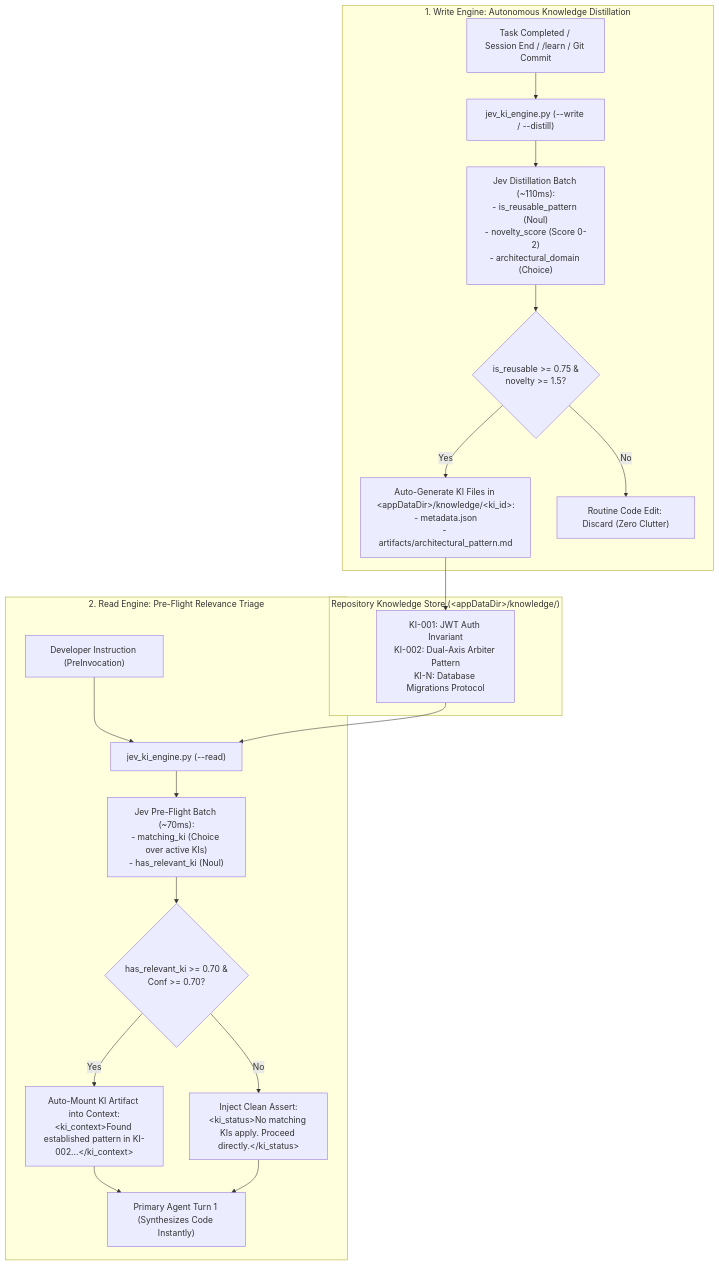
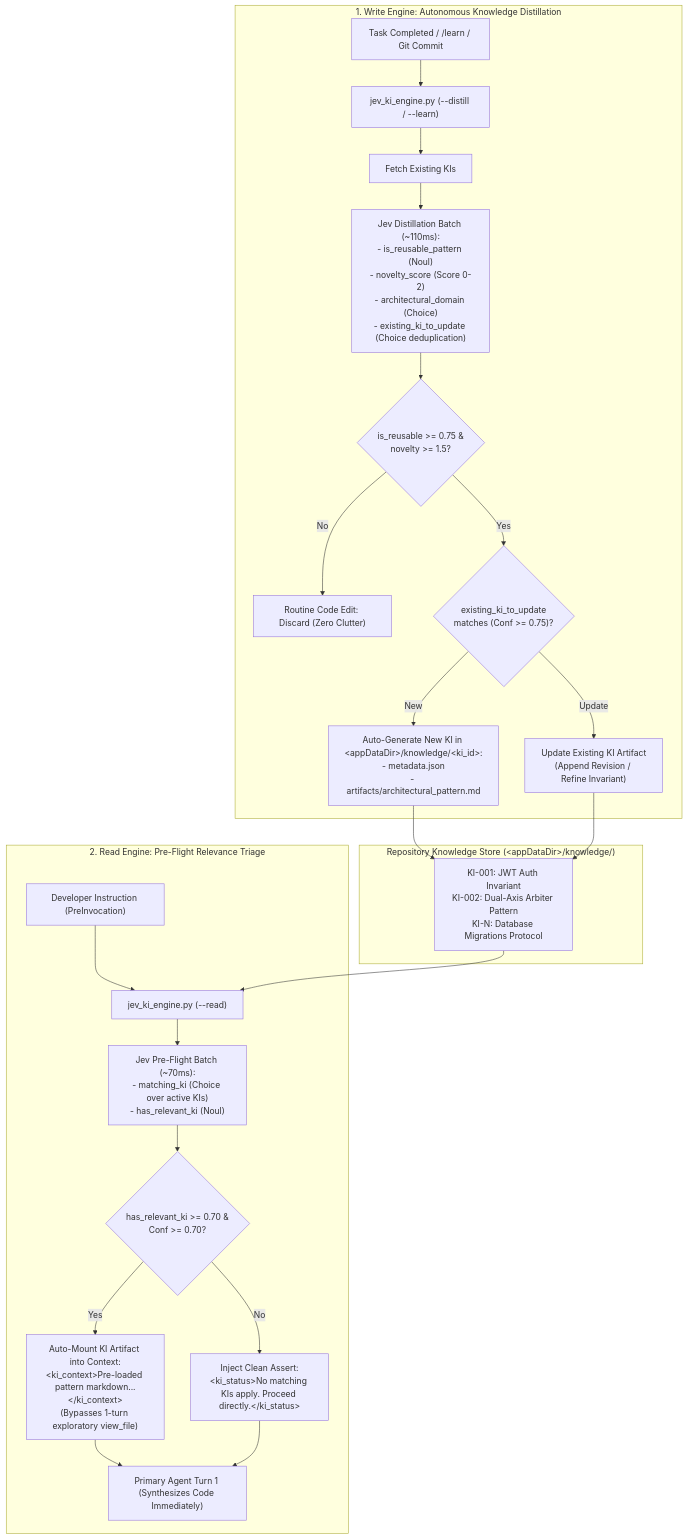
Before and after one commit to Ajasra/jev-hooks: the diagram in proposals/03_PROPOSAL_C_KNOWLEDGE_ITEM_MATCHER.md, drawn with Mermaid. The commit also changed other lines of this file and 6 other files, not shown here.

Commit message:
fix(hooks): add active editor context, Jev continuation noul, and Turn-1 debounce to speculative router

````diff
--- a/proposals/03_PROPOSAL_C_KNOWLEDGE_ITEM_MATCHER.md
+++ b/proposals/03_PROPOSAL_C_KNOWLEDGE_ITEM_MATCHER.md
@@ -36,25 +36,29 @@
 ```mermaid
 flowchart TD
     subgraph WriteCycle ["1. Write Engine: Autonomous Knowledge Distillation"]
-        TaskDone["Task Completed / Session End / /learn / Git Commit"] --> Distiller["jev_ki_engine.py (--write / --distill)"]
-        Distiller --> JevDistillBatch["Jev Distillation Batch (~110ms):<br/>- is_reusable_pattern (Noul)<br/>- novelty_score (Score 0-2)<br/>- architectural_domain (Choice)"]
+        TaskDone["Task Completed / /learn / Git Commit"] --> Distiller["jev_ki_engine.py (--distill / --learn)"]
+        Distiller --> ActiveCatalog["Fetch Existing KIs"]
+        ActiveCatalog --> JevDistillBatch["Jev Distillation Batch (~110ms):<br/>- is_reusable_pattern (Noul)<br/>- novelty_score (Score 0-2)<br/>- architectural_domain (Choice)<br/>- existing_ki_to_update (Choice deduplication)"]
         JevDistillBatch --> WriteGate{"is_reusable >= 0.75 &<br/>novelty >= 1.5?"}
-        WriteGate -->|Yes| AutoWrite["Auto-Generate KI Files in &lt;appDataDir&gt;/knowledge/&lt;ki_id&gt;:<br/>- metadata.json<br/>- artifacts/architectural_pattern.md"]
         WriteGate -->|No| DiscardRoutine["Routine Code Edit: Discard (Zero Clutter)"]
+        WriteGate -->|Yes| DedupCheck{"existing_ki_to_update<br/>matches (Conf >= 0.75)?"}
+        DedupCheck -->|Update| UpdateKI["Update Existing KI Artifact<br/>(Append Revision / Refine Invariant)"]
+        DedupCheck -->|New| CreateKI["Auto-Generate New KI in &lt;appDataDir&gt;/knowledge/&lt;ki_id&gt;:<br/>- metadata.json<br/>- artifacts/architectural_pattern.md"]
     end
 
     subgraph Store ["Repository Knowledge Store (&lt;appDataDir&gt;/knowledge/)"]
-        AutoWrite --> KIs["KI-001: JWT Auth Invariant<br/>KI-002: Dual-Axis Arbiter Pattern<br/>KI-N: Database Migrations Protocol"]
+        CreateKI --> KIs["KI-001: JWT Auth Invariant<br/>KI-002: Dual-Axis Arbiter Pattern<br/>KI-N: Database Migrations Protocol"]
+        UpdateKI --> KIs
     end
 
     subgraph ReadCycle ["2. Read Engine: Pre-Flight Relevance Triage"]
         NewPrompt["Developer Instruction (PreInvocation)"] --> Matcher["jev_ki_engine.py (--read)"]
         KIs --> Matcher
         Matcher --> JevReadBatch["Jev Pre-Flight Batch (~70ms):<br/>- matching_ki (Choice over active KIs)<br/>- has_relevant_ki (Noul)"]
         JevReadBatch --> ReadGate{"has_relevant_ki >= 0.70 &<br/>Conf >= 0.70?"}
-        ReadGate -->|Yes| AutoMount["Auto-Mount KI Artifact into Context:<br/>&lt;ki_context&gt;Found established pattern in KI-002...&lt;/ki_context&gt;"]
+        ReadGate -->|Yes| AutoMount["Auto-Mount KI Artifact into Context:<br/>&lt;ki_context&gt;Pre-loaded pattern markdown...&lt;/ki_context&gt;<br/>(Bypasses 1-turn exploratory view_file)"]
         ReadGate -->|No| CleanPass["Inject Clean Assert:<br/>&lt;ki_status&gt;No matching KIs apply. Proceed directly.&lt;/ki_status&gt;"]
-        AutoMount --> LLMTurn["Primary Agent Turn 1 (Synthesizes Code Instantly)"]
+        AutoMount --> LLMTurn["Primary Agent Turn 1 (Synthesizes Code Immediately)"]
         CleanPass --> LLMTurn
     end
 ```
````
